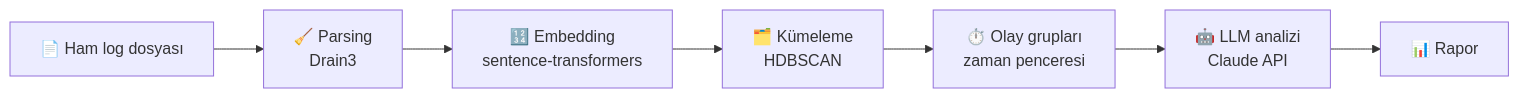
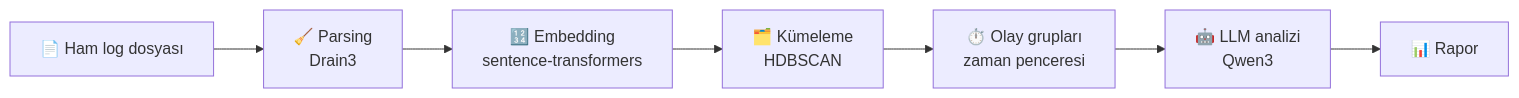
Before and after one commit to Berkaycetinn/log-analyzer: the diagram in README.md, drawn with Mermaid. The commit also changed other lines of this file and 39 other files, not shown here.

````diff
--- a/README.md
+++ b/README.md
@@ -45,9 +47,9 @@
 ```mermaid
 flowchart LR
     A[📄 Ham log dosyası] --> B[🧹 Parsing<br/>Drain3]
     B --> C[🔢 Embedding<br/>sentence-transformers]
     C --> D[🗂️ Kümeleme<br/>HDBSCAN]
     D --> G[⏱️ Olay grupları<br/>zaman penceresi]
-    G --> E[🤖 LLM analizi<br/>Claude API]
+    G --> E[🤖 LLM analizi<br/>Qwen3]
     E --> F[📊 Rapor]
 ```
````
